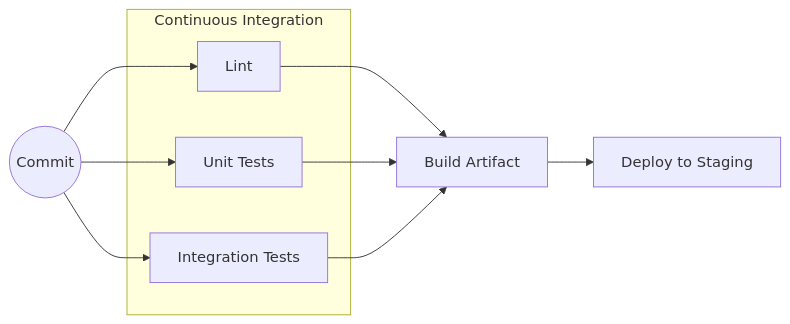
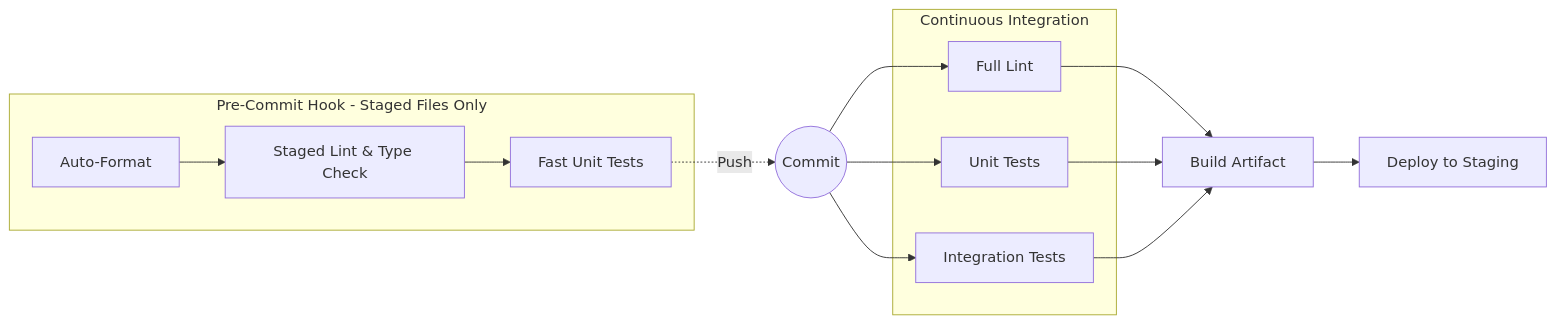
One commit to lgpalnau/ci-cd-examples changed the second of 4 diagrams in README.md. Above: the diagram before and after it, drawn with Mermaid. The commit also changed other lines of this file, not shown here.

Commit message:
docs: add medium pre-commit hygiene and medium+ PR automation tiers

````diff
--- a/README.md
+++ b/README.md
@@ -22,15 +22,20 @@
 ```mermaid
 graph LR
+    subgraph Local [Pre-Commit Hook - Staged Files Only]
+    PC1[Auto-Format] --> PC2[Staged Lint & Type Check] --> PC3[Fast Unit Tests]
+    end
+
     subgraph CI [Continuous Integration]
-    A[Lint]
+    A[Full Lint]
     B[Unit Tests]
     C[Integration Tests]
     end
-    
-    Trigger((Commit)) --> A
+
+    PC3 -. Push .-> Trigger((Commit))
+    Trigger --> A
     Trigger --> B
     Trigger --> C
-    
+
     A & B & C --> D[Build Artifact]
     D --> E[Deploy to Staging]
 ```
````
